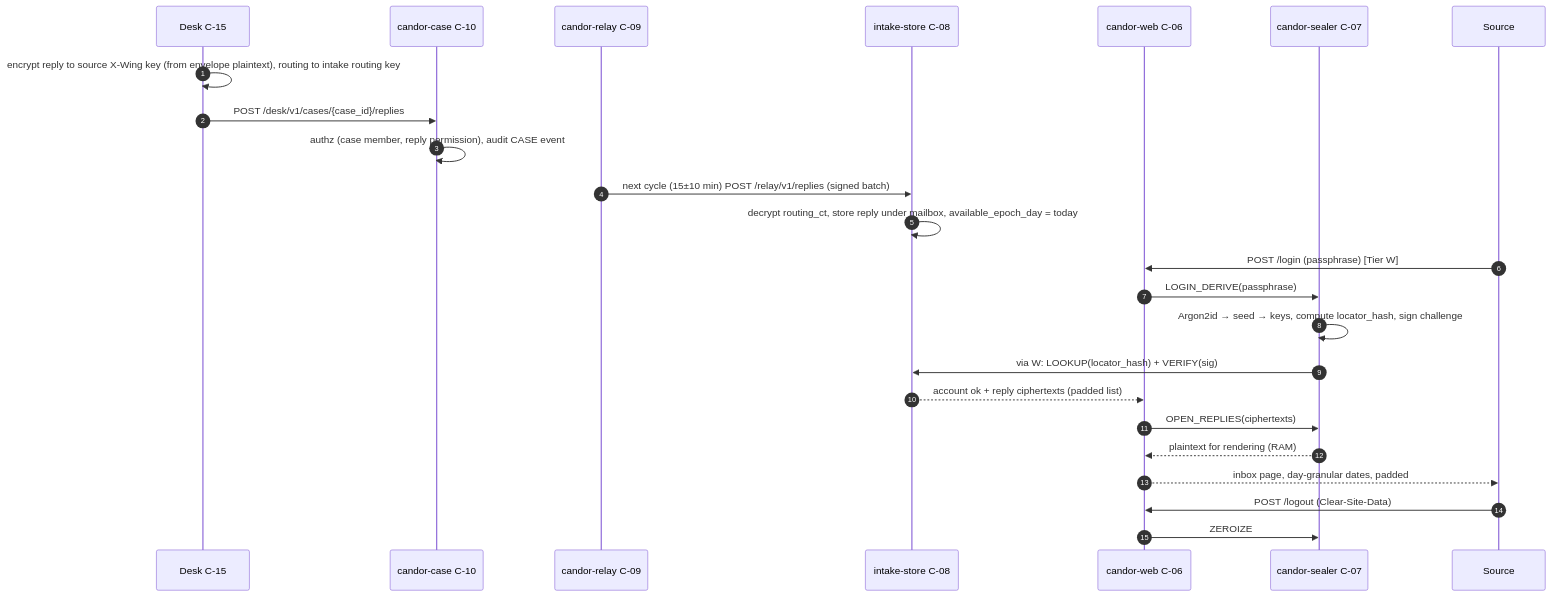
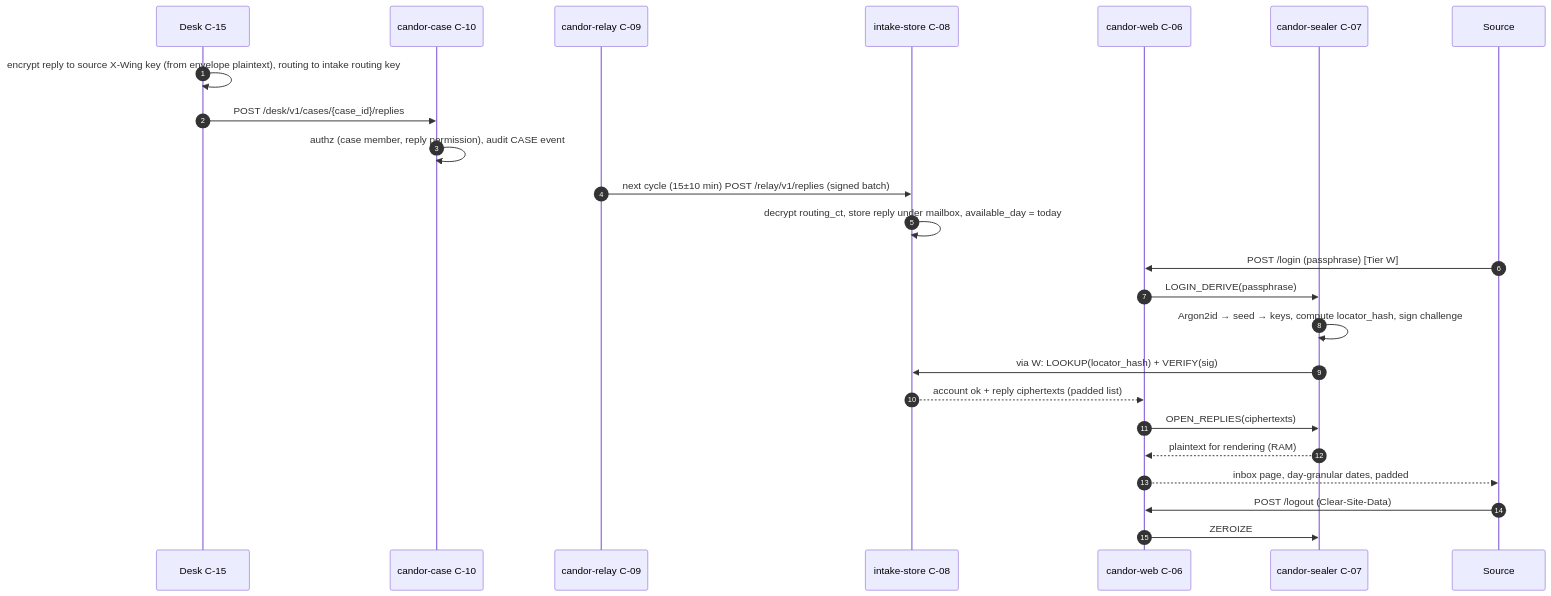
The eighth of 12 diagrams in specs/06-SYSTEM-ARCHITECTURE.md (djshellshoxxx/leaks), drawn with Mermaid before and after one commit. The commit also changed other lines of this file and 17 other files, not shown here.

````diff
--- a/specs/06-SYSTEM-ARCHITECTURE.md
+++ b/specs/06-SYSTEM-ARCHITECTURE.md
@@ -407,26 +409,26 @@
 ```mermaid
 sequenceDiagram
   autonumber
   participant D as Desk C-15
   participant C as candor-case C-10
   participant R as candor-relay C-09
   participant I as intake-store C-08
   participant W as candor-web C-06
   participant L as candor-sealer C-07
   participant S as Source
   D->>D: encrypt reply to source X-Wing key (from envelope plaintext), routing to intake routing key
   D->>C: POST /desk/v1/cases/{case_id}/replies
   C->>C: authz (case member, reply permission), audit CASE event
   R->>I: next cycle (15±10 min) POST /relay/v1/replies (signed batch)
-  I->>I: decrypt routing_ct, store reply under mailbox, available_epoch_day = today
+  I->>I: decrypt routing_ct, store reply under mailbox, available_day = today
   S->>W: POST /login (passphrase) [Tier W]
   W->>L: LOGIN_DERIVE(passphrase)
   L->>L: Argon2id → seed → keys, compute locator_hash, sign challenge
   L->>I: via W: LOOKUP(locator_hash) + VERIFY(sig)
   I-->>W: account ok + reply ciphertexts (padded list)
   W->>L: OPEN_REPLIES(ciphertexts)
   L-->>W: plaintext for rendering (RAM)
   W-->>S: inbox page, day-granular dates, padded
   S->>W: POST /logout (Clear-Site-Data)
   W->>L: ZEROIZE
 ```
````
